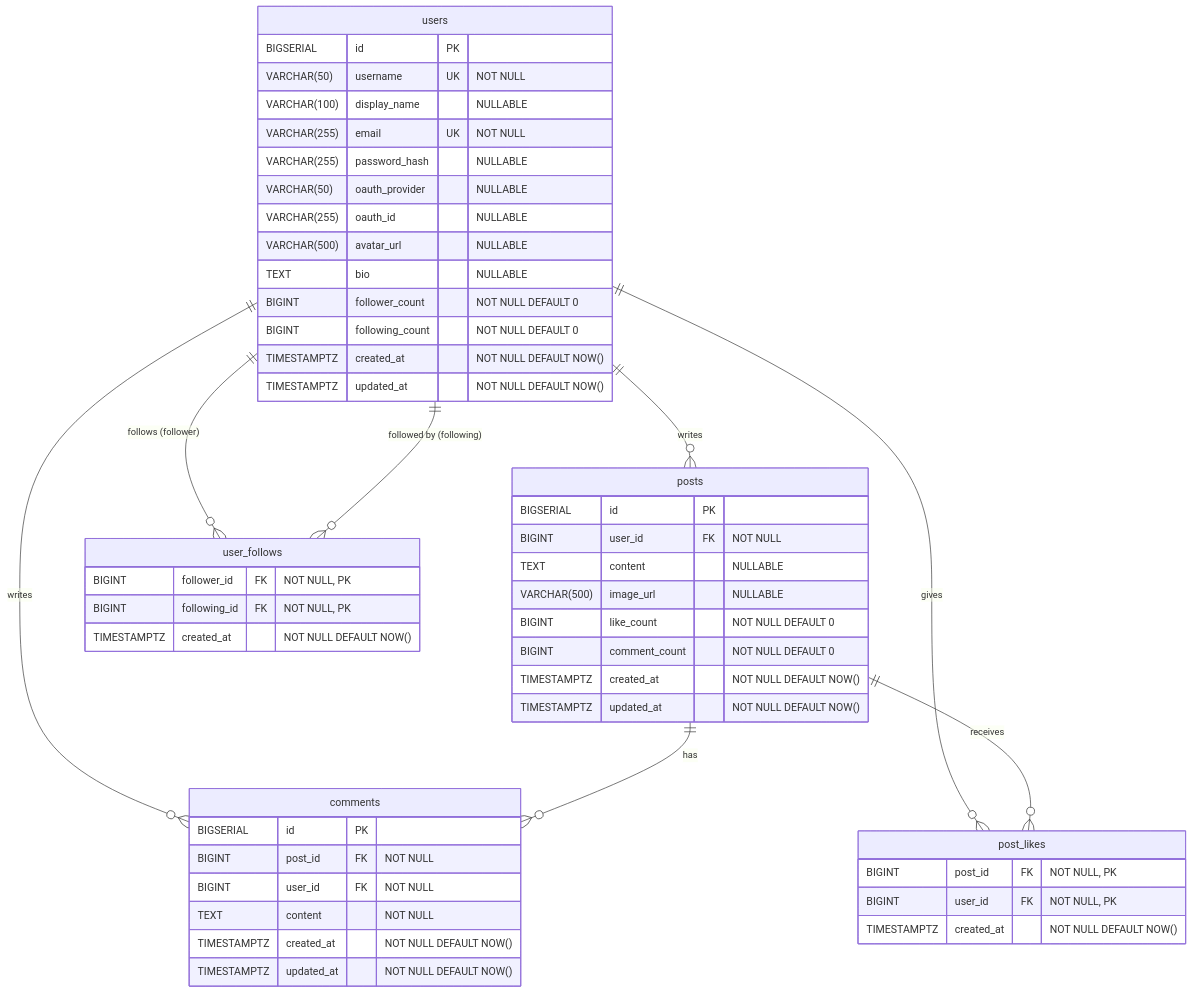
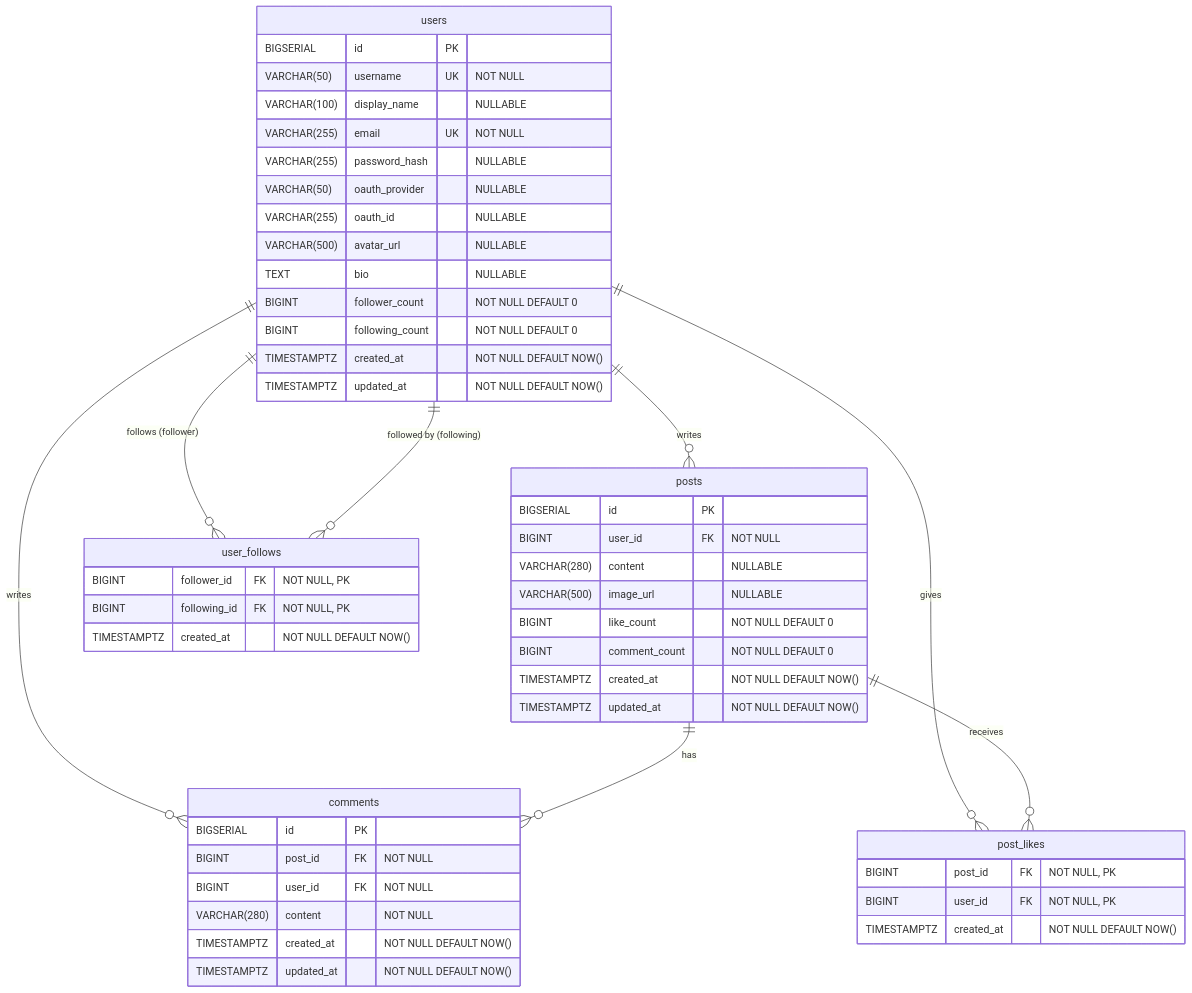
One commit to saki-nakata/TimeLine changed the diagram in docs/DB設計書.md. Above: the diagram before and after it, drawn with Mermaid. The commit also changed other lines of this file and 1 other file, not shown here.

````diff
--- a/docs/DB設計書.md
+++ b/docs/DB設計書.md
@@ -28,58 +28,58 @@
 ```mermaid
 erDiagram
     users {
         BIGSERIAL id PK
         VARCHAR(50) username UK "NOT NULL"
         VARCHAR(100) display_name "NULLABLE"
         VARCHAR(255) email UK "NOT NULL"
         VARCHAR(255) password_hash "NULLABLE"
         VARCHAR(50) oauth_provider "NULLABLE"
         VARCHAR(255) oauth_id "NULLABLE"
         VARCHAR(500) avatar_url "NULLABLE"
         TEXT bio "NULLABLE"
         BIGINT follower_count "NOT NULL DEFAULT 0"
         BIGINT following_count "NOT NULL DEFAULT 0"
         TIMESTAMPTZ created_at "NOT NULL DEFAULT NOW()"
         TIMESTAMPTZ updated_at "NOT NULL DEFAULT NOW()"
     }
 
     posts {
         BIGSERIAL id PK
         BIGINT user_id FK "NOT NULL"
-        TEXT content "NULLABLE"
+        VARCHAR(280) content "NULLABLE"
         VARCHAR(500) image_url "NULLABLE"
         BIGINT like_count "NOT NULL DEFAULT 0"
         BIGINT comment_count "NOT NULL DEFAULT 0"
         TIMESTAMPTZ created_at "NOT NULL DEFAULT NOW()"
         TIMESTAMPTZ updated_at "NOT NULL DEFAULT NOW()"
     }
 
     comments {
         BIGSERIAL id PK
         BIGINT post_id FK "NOT NULL"
         BIGINT user_id FK "NOT NULL"
-        TEXT content "NOT NULL"
+        VARCHAR(280) content "NOT NULL"
         TIMESTAMPTZ created_at "NOT NULL DEFAULT NOW()"
         TIMESTAMPTZ updated_at "NOT NULL DEFAULT NOW()"
     }
 
     post_likes {
         BIGINT post_id FK "NOT NULL, PK"
         BIGINT user_id FK "NOT NULL, PK"
         TIMESTAMPTZ created_at "NOT NULL DEFAULT NOW()"
     }
 
     user_follows {
         BIGINT follower_id FK "NOT NULL, PK"
         BIGINT following_id FK "NOT NULL, PK"
         TIMESTAMPTZ created_at "NOT NULL DEFAULT NOW()"
     }
 
     users ||--o{ posts : "writes"
     users ||--o{ comments : "writes"
     users ||--o{ post_likes : "gives"
     users ||--o{ user_follows : "follows (follower)"
     users ||--o{ user_follows : "followed by (following)"
     posts ||--o{ comments : "has"
     posts ||--o{ post_likes : "receives"
 ```
````
